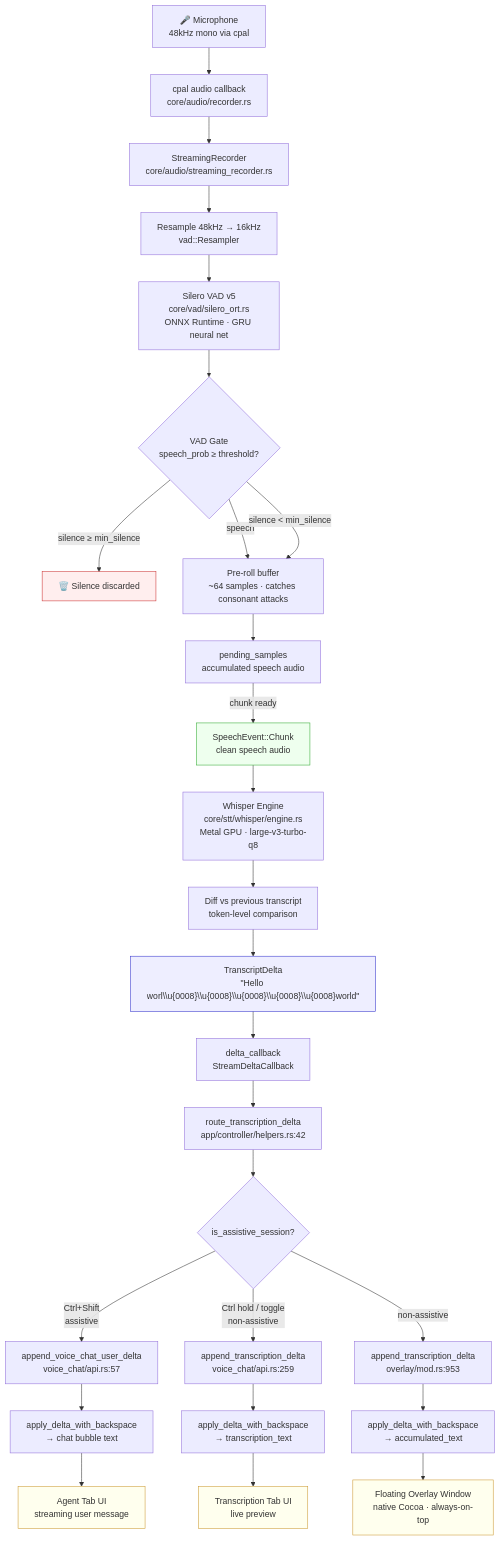
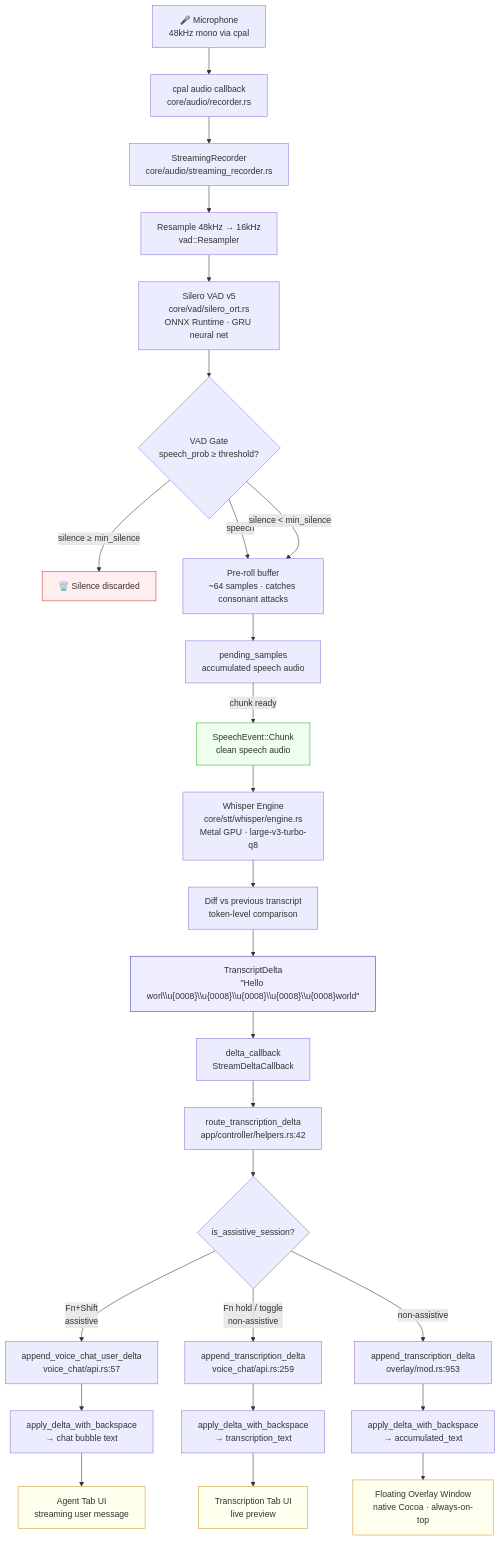
Before and after one commit to vetcoders/codescribe: the diagram in docs/OVERLAY_STREAMING.md, drawn with Mermaid. The commit also changed other lines of this file and 14 other files, not shown here.

````diff
--- a/docs/OVERLAY_STREAMING.md
+++ b/docs/OVERLAY_STREAMING.md
@@ -9,63 +9,63 @@
 ```mermaid
 flowchart TD
     MIC[🎤 Microphone\n48kHz mono via cpal]
     CPAL[cpal audio callback\ncore/audio/recorder.rs]
     SR[StreamingRecorder\ncore/audio/streaming_recorder.rs]
     RESAMPLE[Resample 48kHz → 16kHz\nvad::Resampler]
     VAD[Silero VAD v5\ncore/vad/silero_ort.rs\nONNX Runtime · GRU neural net]
     GATE{VAD Gate\nspeech_prob ≥ threshold?}
     DROP[🗑️ Silence discarded]
     PREROLL[Pre-roll buffer\n~64 samples · catches consonant attacks]
     PENDING[pending_samples\naccumulated speech audio]
     CHUNK[SpeechEvent::Chunk\nclean speech audio]
     WHISPER[Whisper Engine\ncore/stt/whisper/engine.rs\nMetal GPU · large-v3-turbo-q8]
     DIFF[Diff vs previous transcript\ntoken-level comparison]
     DELTA["TranscriptDelta\n&quot;Hello worl\\u{0008}\\u{0008}\\u{0008}\\u{0008}\\u{0008}world&quot;"]
     CB[delta_callback\nStreamDeltaCallback]
     ROUTE[route_transcription_delta\napp/controller/helpers.rs:42]
     CHECK{is_assistive_session?}
     ASSIST_DELTA[append_voice_chat_user_delta\nvoice_chat/api.rs:57]
     ASSIST_APPLY[apply_delta_with_backspace\n→ chat bubble text]
     AGENT_TAB[Agent Tab UI\nstreaming user message]
     TRANS_DELTA[append_transcription_delta\nvoice_chat/api.rs:259]
     TRANS_APPLY[apply_delta_with_backspace\n→ transcription_text]
     TRANS_TAB[Transcription Tab UI\nlive preview]
     OVERLAY_DELTA[append_transcription_delta\noverlay/mod.rs:953]
     OVERLAY_APPLY[apply_delta_with_backspace\n→ accumulated_text]
     OVERLAY_WIN[Floating Overlay Window\nnative Cocoa · always-on-top]
 
     MIC --> CPAL
     CPAL --> SR
     SR --> RESAMPLE
     RESAMPLE --> VAD
     VAD --> GATE
     GATE -->|speech| PREROLL
     GATE -->|silence < min_silence| PREROLL
     GATE -->|silence ≥ min_silence| DROP
     PREROLL --> PENDING
     PENDING -->|chunk ready| CHUNK
     CHUNK --> WHISPER
     WHISPER --> DIFF
     DIFF --> DELTA
     DELTA --> CB
     CB --> ROUTE
 
     ROUTE --> CHECK
-    CHECK -->|Ctrl+Shift\nassistive| ASSIST_DELTA
+    CHECK -->|Fn+Shift\nassistive| ASSIST_DELTA
     ASSIST_DELTA --> ASSIST_APPLY
     ASSIST_APPLY --> AGENT_TAB
 
-    CHECK -->|Ctrl hold / toggle\nnon-assistive| TRANS_DELTA
+    CHECK -->|Fn hold / toggle\nnon-assistive| TRANS_DELTA
     TRANS_DELTA --> TRANS_APPLY
     TRANS_APPLY --> TRANS_TAB
     CHECK -->|non-assistive| OVERLAY_DELTA
     OVERLAY_DELTA --> OVERLAY_APPLY
     OVERLAY_APPLY --> OVERLAY_WIN
 
     style DROP fill:#fee,stroke:#c33
     style CHUNK fill:#efe,stroke:#3a3
     style DELTA fill:#eef,stroke:#33c
     style OVERLAY_WIN fill:#ffe,stroke:#c93
     style AGENT_TAB fill:#ffe,stroke:#c93
     style TRANS_TAB fill:#ffe,stroke:#c93
 ```
````
